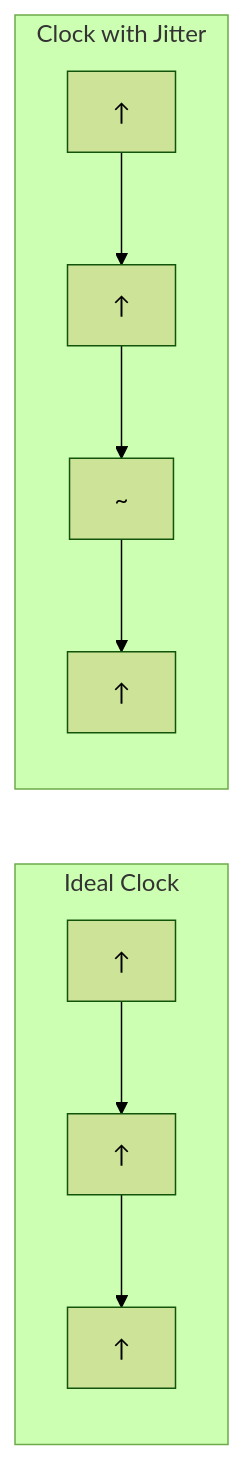
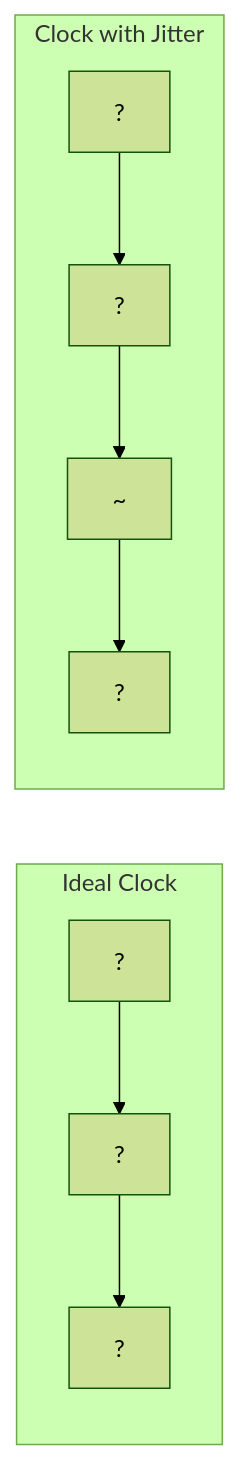
Before and after one commit to Raushan666java/ai-engineering-journey: the third of 4 diagrams in docs/courses/digital-logic/14-timing-analysis.md, drawn with Mermaid (forest theme). The commit also changed other lines of this file and 790 other files, not shown here.

Commit message:
Sync all course diagram renders and content updates

````diff
--- a/docs/courses/digital-logic/14-timing-analysis.md
+++ b/docs/courses/digital-logic/14-timing-analysis.md
@@ -323,12 +323,12 @@
 ```mermaid
 graph LR
     subgraph "Ideal Clock"
-        I1[↑] --> I2[↑]
-        I2 --> I3[↑]
+        I1[?] --> I2[?]
+        I2 --> I3[?]
     end
     subgraph "Clock with Jitter"
-        J1[↑] --> J2[↑]
+        J1[?] --> J2[?]
         J2 --> J3[~]
-        J3 --> J4[↑]
+        J3 --> J4[?]
     end
 ```
````
